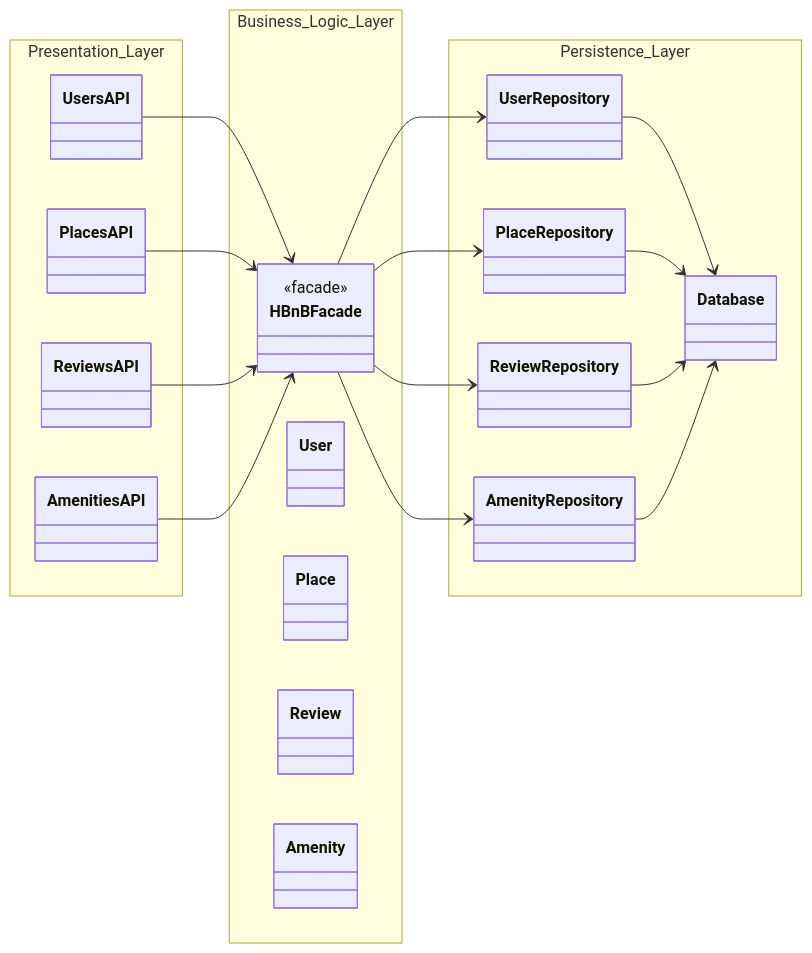
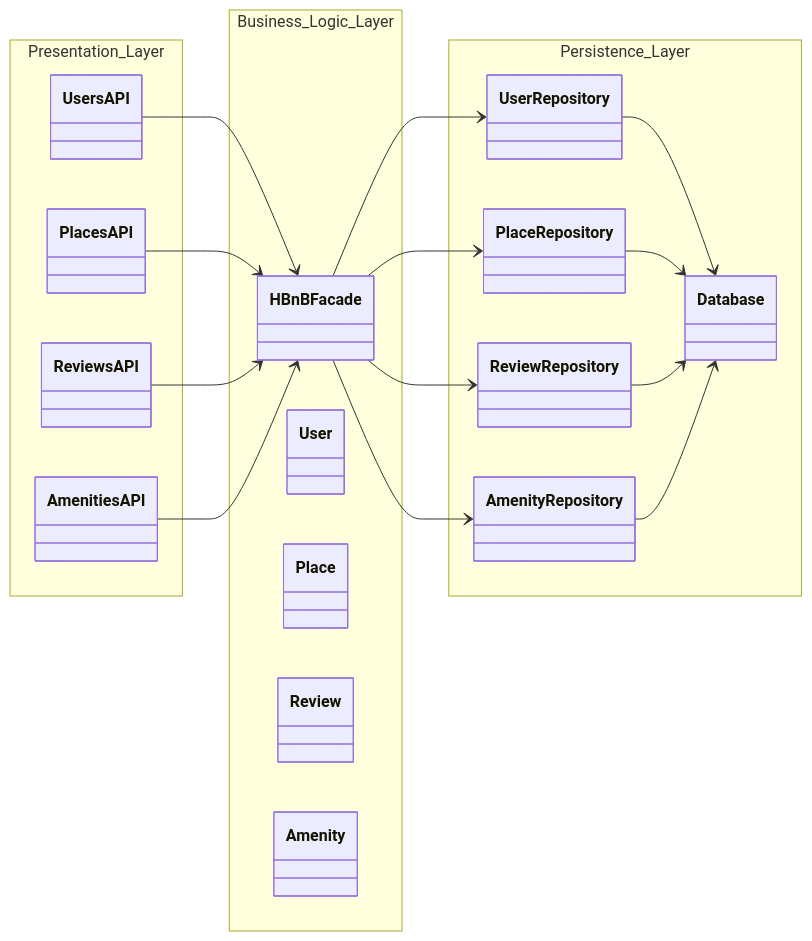
The diagram in part1/01_architecture.mmd (Aythann/holbertonschool-hbnb), drawn with Mermaid before and after one commit.

Commit message:
Fix architecture diagram (Mermaid GitHub compatible)

```diff
--- a/part1/01_architecture.mmd
+++ b/part1/01_architecture.mmd
@@ -1,53 +1,53 @@
 classDiagram
 direction LR
 
 %% =========================
 %% PRESENTATION LAYER
 %% =========================
 namespace Presentation_Layer {
   class UsersAPI
   class PlacesAPI
   class ReviewsAPI
   class AmenitiesAPI
 }
 
 %% =========================
 %% BUSINESS LOGIC LAYER
 %% =========================
 namespace Business_Logic_Layer {
-  class HBnBFacade <<facade>>
+  class HBnBFacade
   class User
   class Place
   class Review
   class Amenity
 }
 
 %% =========================
 %% PERSISTENCE LAYER
 %% =========================
 namespace Persistence_Layer {
   class UserRepository
   class PlaceRepository
   class ReviewRepository
   class AmenityRepository
   class Database
 }
 
 %% =========================
 %% COMMUNICATION FLOWS
 %% =========================
 
 UsersAPI --> HBnBFacade
 PlacesAPI --> HBnBFacade
 ReviewsAPI --> HBnBFacade
 AmenitiesAPI --> HBnBFacade
 
 HBnBFacade --> UserRepository
 HBnBFacade --> PlaceRepository
 HBnBFacade --> ReviewRepository
 HBnBFacade --> AmenityRepository
 
 UserRepository --> Database
 PlaceRepository --> Database
 ReviewRepository --> Database
 AmenityRepository --> Database
```
